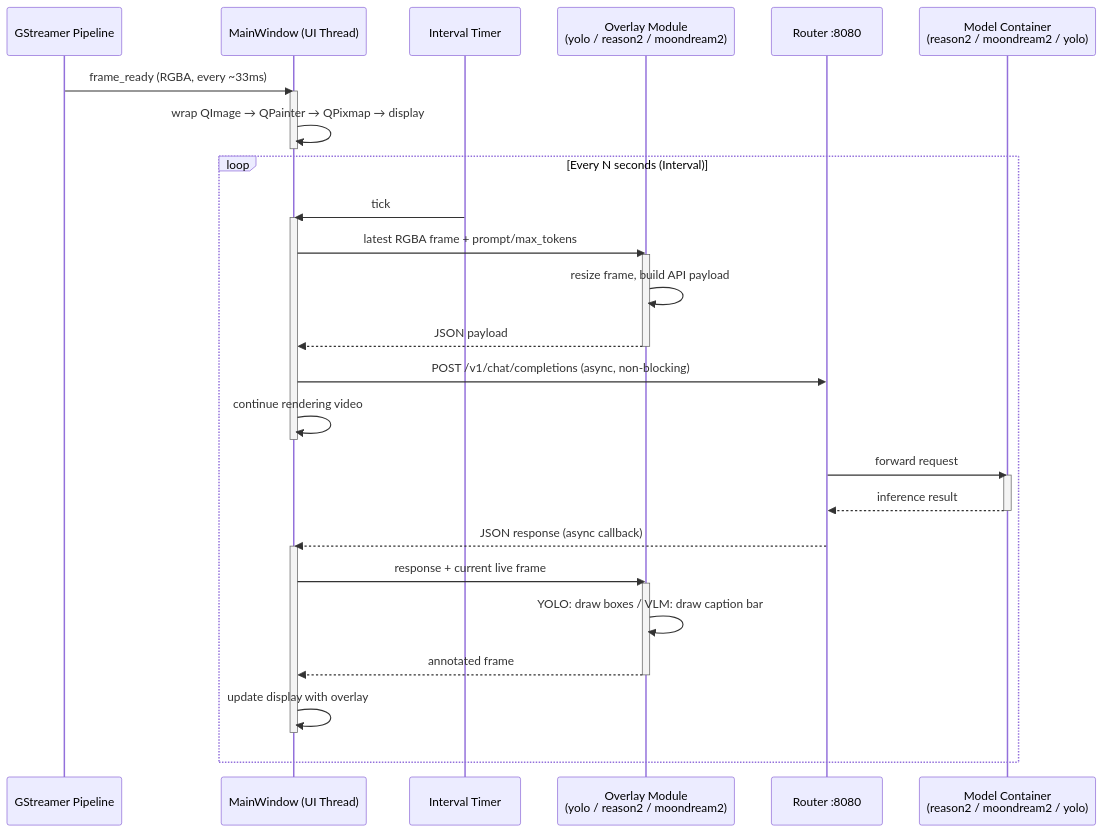
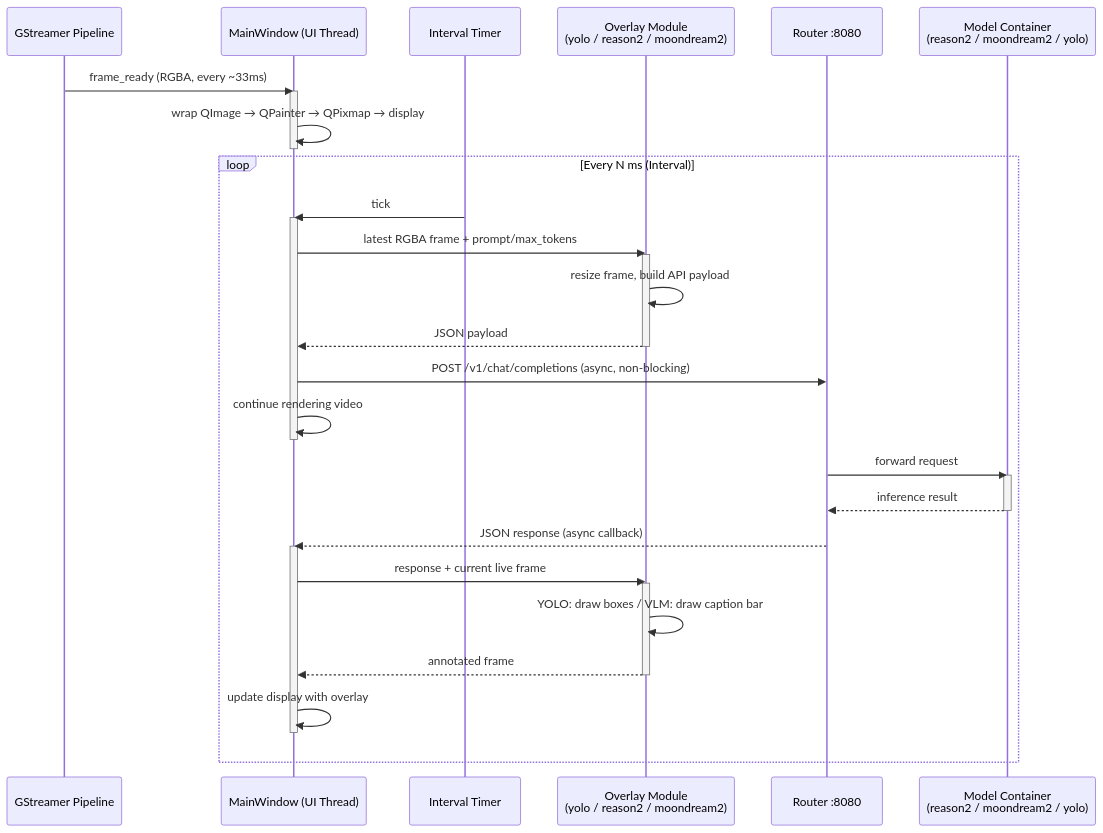
The fourth of 5 diagrams in pyside6-gui.md (ccbruce0812/nikko-vlm-webui), drawn with Mermaid before and after one commit. The commit also changed other lines of this file, not shown here.

````diff
--- a/pyside6-gui.md
+++ b/pyside6-gui.md
@@ -313,41 +353,41 @@
 ```mermaid
 sequenceDiagram
     participant GST as GStreamer Pipeline
     participant UI as MainWindow (UI Thread)
     participant Timer as Interval Timer
     participant Mod as Overlay Module<br/>(yolo / reason2 / moondream2)
     participant RTR as Router :8080
     participant Backend as Model Container<br/>(reason2 / moondream2 / yolo)
 
     GST->>UI: frame_ready (RGBA, every ~33ms)
     activate UI
     UI->>UI: wrap QImage → QPainter → QPixmap → display
     deactivate UI
 
-    loop Every N seconds (Interval)
+    loop Every N ms (Interval)
         Timer->>UI: tick
         activate UI
         UI->>Mod: latest RGBA frame + prompt/max_tokens
         activate Mod
         Mod->>Mod: resize frame, build API payload
         Mod-->>UI: JSON payload
         deactivate Mod
         UI->>RTR: POST /v1/chat/completions (async, non-blocking)
         UI->>UI: continue rendering video
         deactivate UI
 
         RTR->>Backend: forward request
         activate Backend
         Backend-->>RTR: inference result
         deactivate Backend
         RTR-->>UI: JSON response (async callback)
         activate UI
         UI->>Mod: response + current live frame
         activate Mod
         Mod->>Mod: YOLO: draw boxes / VLM: draw caption bar
         Mod-->>UI: annotated frame
         deactivate Mod
         UI->>UI: update display with overlay
         deactivate UI
     end
 ```
````
